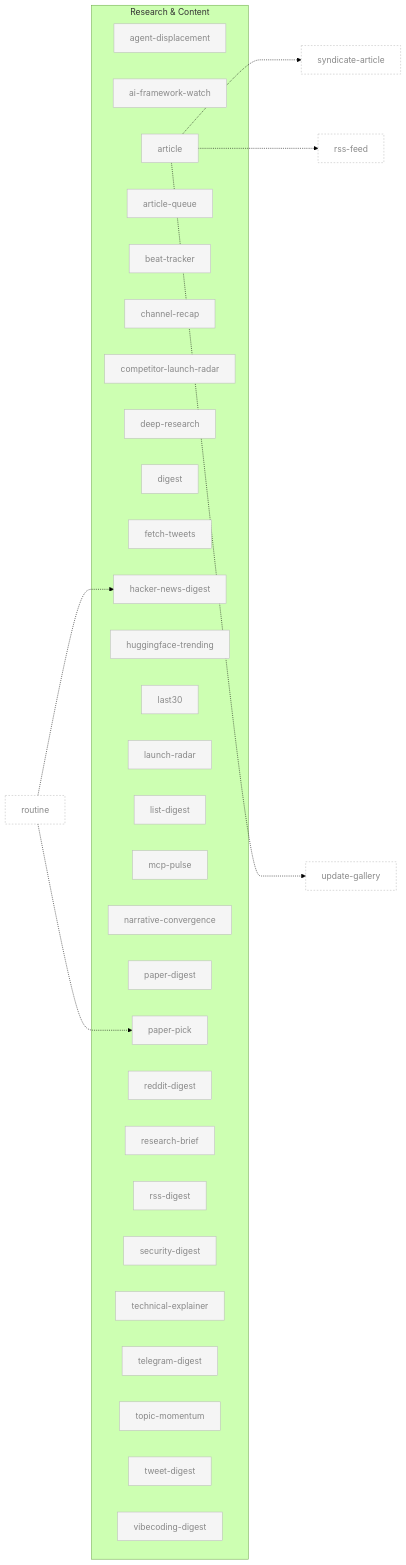
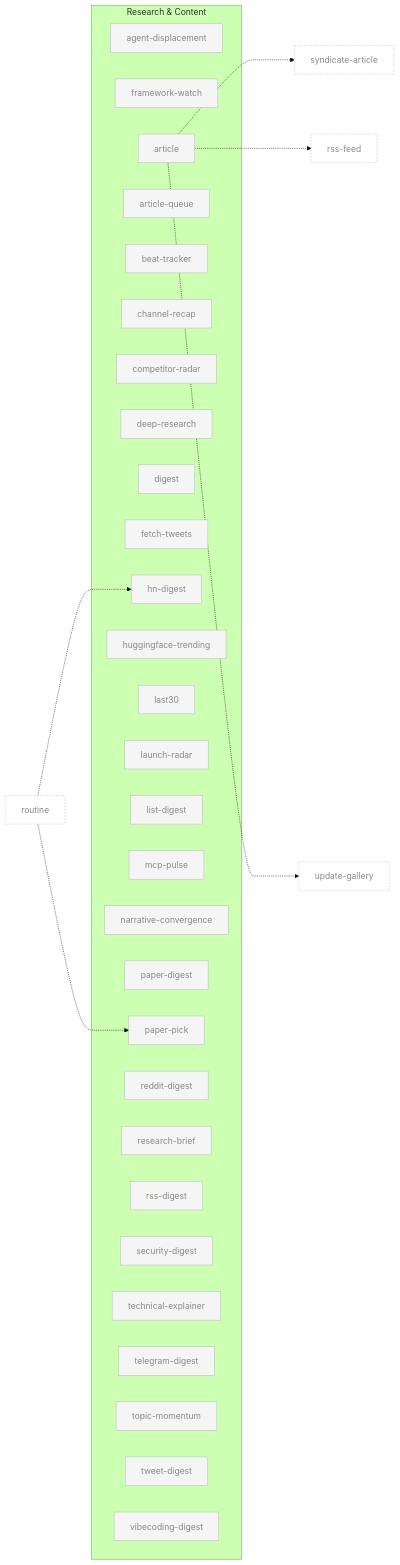
The fourth of 10 diagrams in docs/skill-graph.md (aeonfun/aeon), drawn with Mermaid (forest theme) before and after one commit. The commit also changed other lines of this file and 107 other files, not shown here.

First line of the commit message:
refactor(skills): shorten 30 skill names to two words (#427)

````diff
--- a/docs/skill-graph.md
+++ b/docs/skill-graph.md
@@ -155,80 +155,80 @@
 ```mermaid
 flowchart LR
     subgraph research ["Research & Content"]
         agent-displacement[agent-displacement]
-        ai-framework-watch[ai-framework-watch]
+        framework-watch[framework-watch]
         article[article]
         article-queue[article-queue]
         beat-tracker[beat-tracker]
         channel-recap[channel-recap]
-        competitor-launch-radar[competitor-launch-radar]
+        competitor-radar[competitor-radar]
         deep-research[deep-research]
         digest[digest]
         fetch-tweets[fetch-tweets]
-        hacker-news-digest[hacker-news-digest]
+        hn-digest[hn-digest]
         huggingface-trending[huggingface-trending]
         last30[last30]
         launch-radar[launch-radar]
         list-digest[list-digest]
         mcp-pulse[mcp-pulse]
         narrative-convergence[narrative-convergence]
         paper-digest[paper-digest]
         paper-pick[paper-pick]
         reddit-digest[reddit-digest]
         research-brief[research-brief]
         rss-digest[rss-digest]
         security-digest[security-digest]
         technical-explainer[technical-explainer]
         telegram-digest[telegram-digest]
         topic-momentum[topic-momentum]
         tweet-digest[tweet-digest]
         vibecoding-digest[vibecoding-digest]
     end
 
     routine[routine]:::external
     rss-feed[rss-feed]:::external
     syndicate-article[syndicate-article]:::external
     update-gallery[update-gallery]:::external
 
     routine -.-> paper-pick
-    routine -.-> hacker-news-digest
+    routine -.-> hn-digest
     article -..-> syndicate-article
     article -..-> rss-feed
     article -..-> update-gallery
 
     classDef default fill:#f5f5f5,stroke:#bbb,color:#888
     classDef enabled fill:#fff,stroke:#000,stroke-width:2px,color:#000
     classDef external fill:none,stroke:#bbb,stroke-dasharray:3 3,color:#888
     click agent-displacement "../skills/agent-displacement/SKILL.md"
-    click ai-framework-watch "../skills/ai-framework-watch/SKILL.md"
+    click framework-watch "../skills/framework-watch/SKILL.md"
     click article "../skills/article/SKILL.md"
     click article-queue "../skills/article-queue/SKILL.md"
     click beat-tracker "../skills/beat-tracker/SKILL.md"
     click channel-recap "../skills/channel-recap/SKILL.md"
-    click competitor-launch-radar "../skills/competitor-launch-radar/SKILL.md"
+    click competitor-radar "../skills/competitor-radar/SKILL.md"
     click deep-research "../skills/deep-research/SKILL.md"
     click digest "../skills/digest/SKILL.md"
     click fetch-tweets "../skills/fetch-tweets/SKILL.md"
-    click hacker-news-digest "../skills/hacker-news-digest/SKILL.md"
+    click hn-digest "../skills/hn-digest/SKILL.md"
     click huggingface-trending "../skills/huggingface-trending/SKILL.md"
     click last30 "../skills/last30/SKILL.md"
     click launch-radar "../skills/launch-radar/SKILL.md"
     click list-digest "../skills/list-digest/SKILL.md"
     click mcp-pulse "../skills/mcp-pulse/SKILL.md"
     click narrative-convergence "../skills/narrative-convergence/SKILL.md"
     click paper-digest "../skills/paper-digest/SKILL.md"
     click paper-pick "../skills/paper-pick/SKILL.md"
     click reddit-digest "../skills/reddit-digest/SKILL.md"
     click research-brief "../skills/research-brief/SKILL.md"
     click rss-digest "../skills/rss-digest/SKILL.md"
     click security-digest "../skills/security-digest/SKILL.md"
     click technical-explainer "../skills/technical-explainer/SKILL.md"
     click telegram-digest "../skills/telegram-digest/SKILL.md"
     click topic-momentum "../skills/topic-momentum/SKILL.md"
     click tweet-digest "../skills/tweet-digest/SKILL.md"
     click vibecoding-digest "../skills/vibecoding-digest/SKILL.md"
     click routine "../skills/routine/SKILL.md"
     click rss-feed "../skills/rss-feed/SKILL.md"
     click syndicate-article "../skills/syndicate-article/SKILL.md"
     click update-gallery "../skills/update-gallery/SKILL.md"
 ```
````
